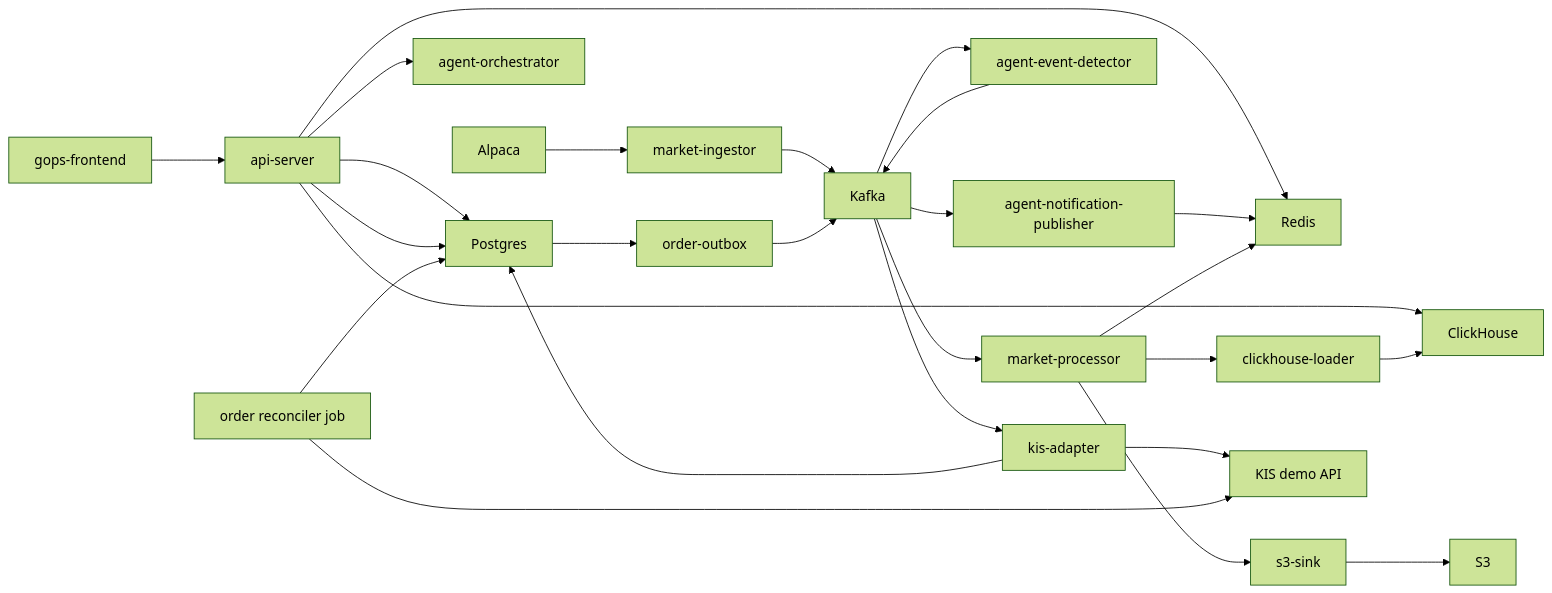
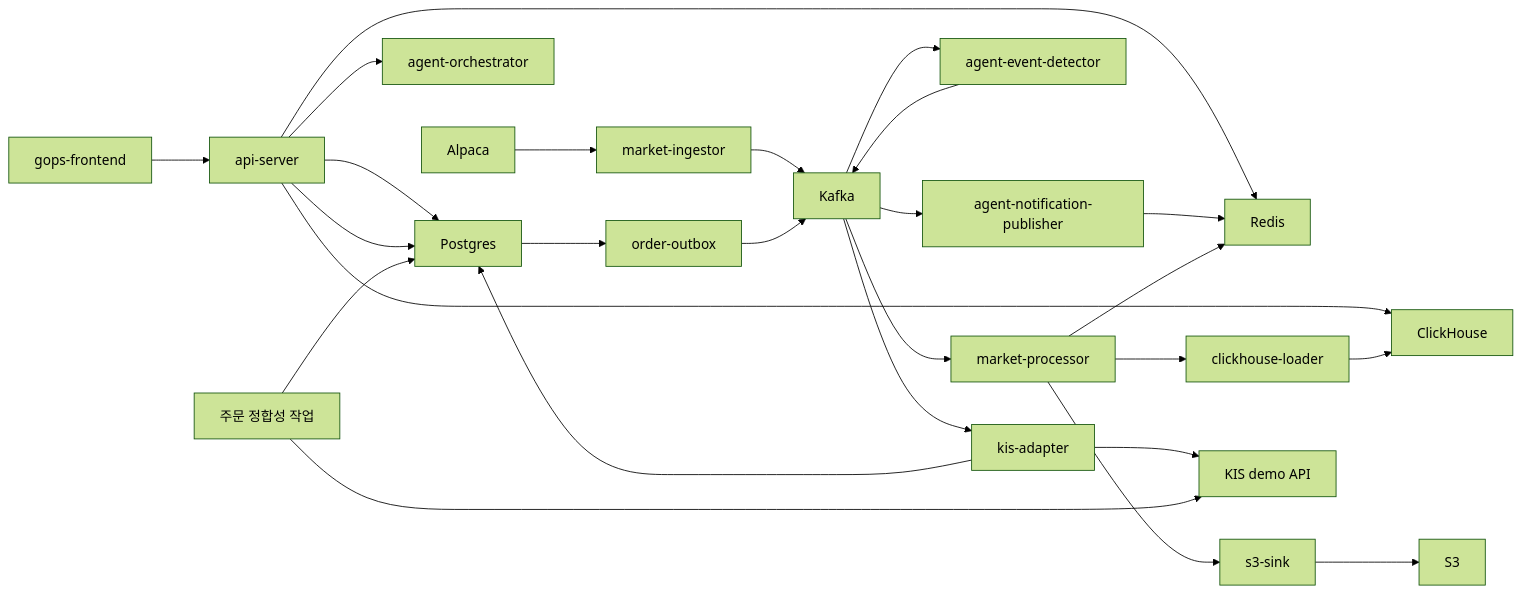
One commit to seunglee10/GOPS-BE changed the diagram in README.md. Above: the diagram before and after it, drawn with Mermaid (forest theme). The commit also changed other lines of this file, not shown here.

````diff
--- a/README.md
+++ b/README.md
@@ -58,27 +59,27 @@
 ```mermaid
 flowchart LR
   FE["gops-frontend"] --> API["api-server"]
   API --> Redis["Redis"]
   API --> CH["ClickHouse"]
   API --> PG["Postgres"]
   API --> AgentOrch["agent-orchestrator"]
 
   Alpaca["Alpaca"] --> Ingestor["market-ingestor"]
   Ingestor --> Kafka["Kafka"]
   Kafka --> Processor["market-processor"]
   Kafka --> EventDetector["agent-event-detector"]
   EventDetector --> Kafka
   Kafka --> AlertPublisher["agent-notification-publisher"] --> Redis
   Processor --> Redis
   Processor --> S3Sink["s3-sink"] --> S3["S3"]
   Processor --> CHLoader["clickhouse-loader"] --> CH
 
   API --> PG
   PG --> Outbox["order-outbox"]
   Outbox --> Kafka
   Kafka --> KISAdapter["kis-adapter"]
   KISAdapter --> KIS["KIS demo API"]
   KISAdapter --> PG
-  Reconciler["order reconciler job"] --> PG
+  Reconciler["주문 정합성 작업"] --> PG
   Reconciler --> KIS
 ```
````
